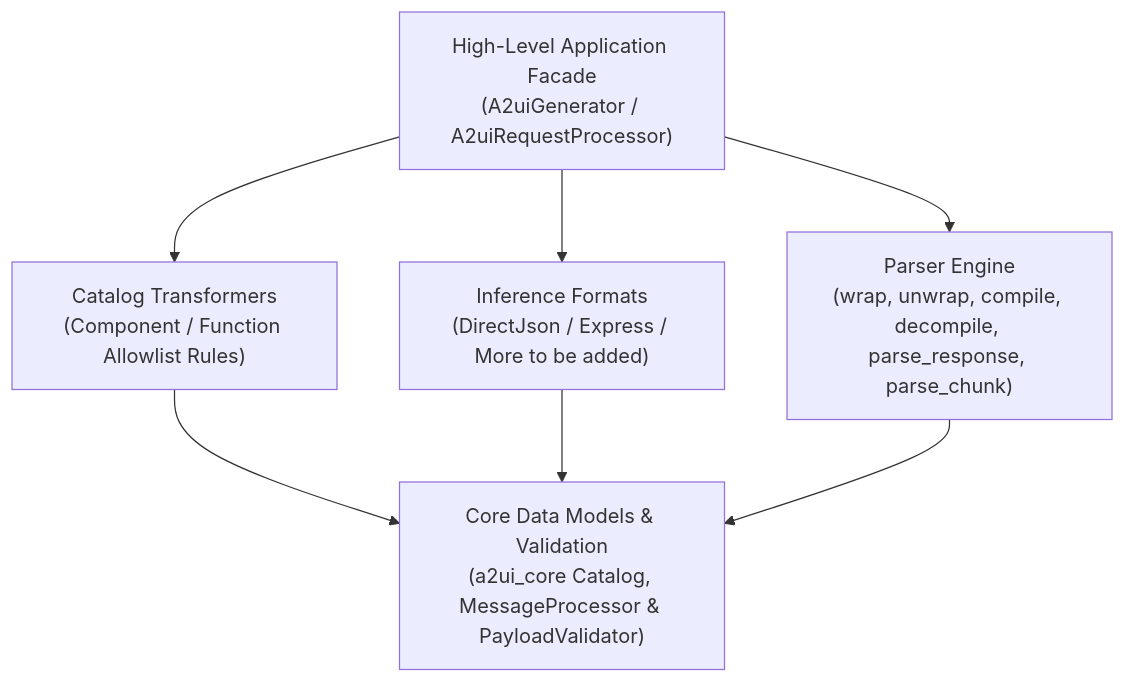
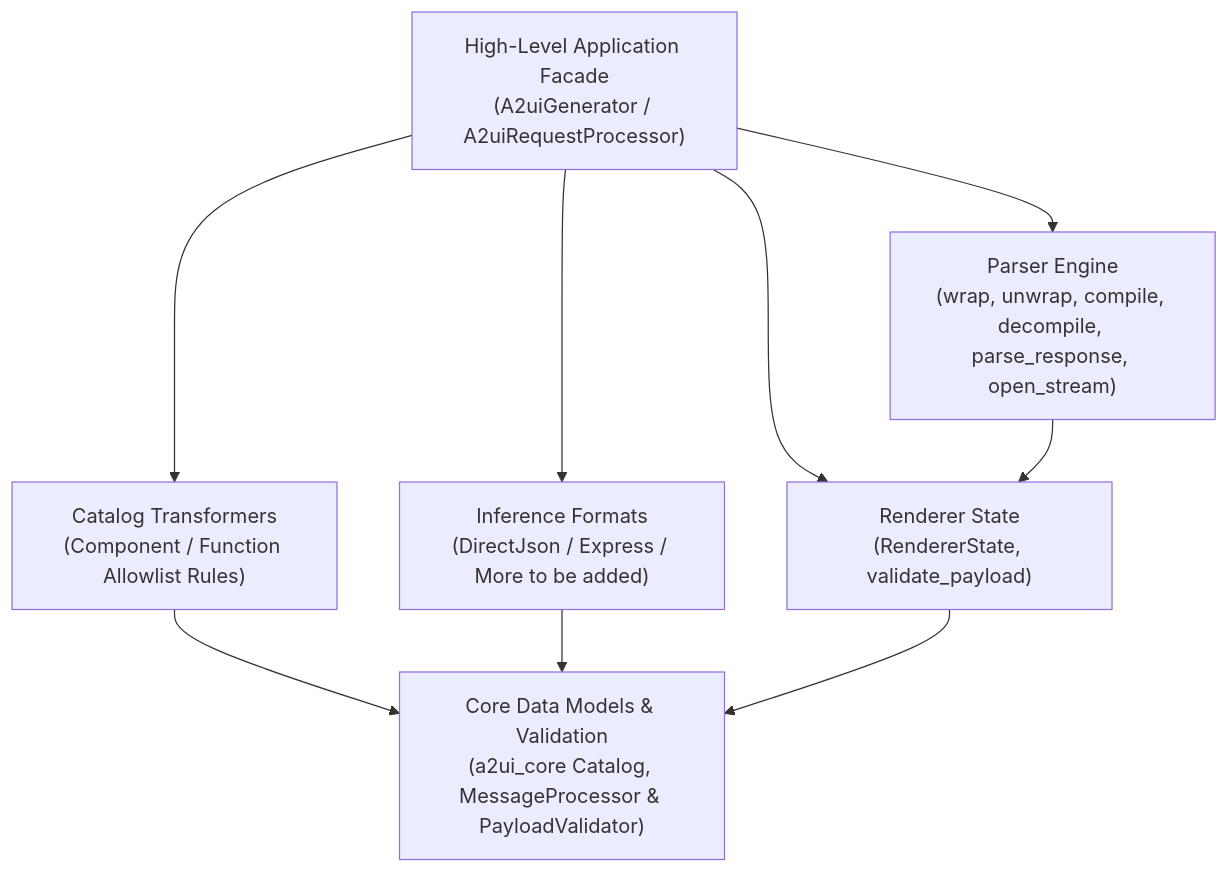
One commit to DerKodex-Repo-Curator/a2ui changed the diagram in blueprints/modules/a2ui_agent.blueprint.md. Above: the diagram before and after it, drawn with Mermaid. The commit also changed other lines of this file and 1 other file, not shown here.

First line of the commit message:
docs(blueprints): describe RendererState, ResponseStream and the stateless Parser

````diff
--- a/blueprints/modules/a2ui_agent.blueprint.md
+++ b/blueprints/modules/a2ui_agent.blueprint.md
@@ -28,15 +28,18 @@
 ```mermaid
 graph TD
     Facade["High-Level Application Facade<br/>(A2uiGenerator / A2uiRequestProcessor)"]
     Transformers["Catalog Transformers<br/>(Component / Function Allowlist Rules)"]
     Formats["Inference Formats<br/>(DirectJson / Express / More to be added)"]
-    Parsers["Parser Engine<br/>(wrap, unwrap, compile, decompile, parse_response, parse_chunk)"]
+    Parsers["Parser Engine<br/>(wrap, unwrap, compile, decompile, parse_response, open_stream)"]
+    State["Renderer State<br/>(RendererState, validate_payload)"]
     CoreModels["Core Data Models & Validation<br/>(a2ui_core Catalog, MessageProcessor & PayloadValidator)"]
 
     Facade --> Transformers
     Facade --> Formats
     Facade --> Parsers
+    Facade --> State
+    Parsers --> State
     Transformers --> CoreModels
     Formats --> CoreModels
-    Parsers --> CoreModels
+    State --> CoreModels
 ```
````
